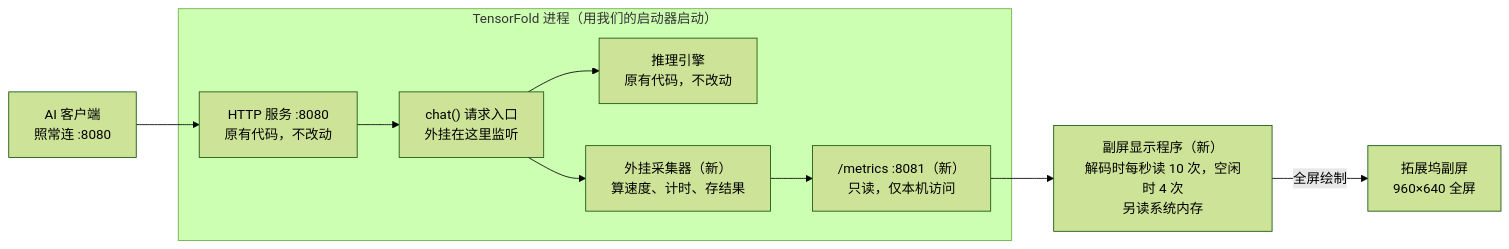
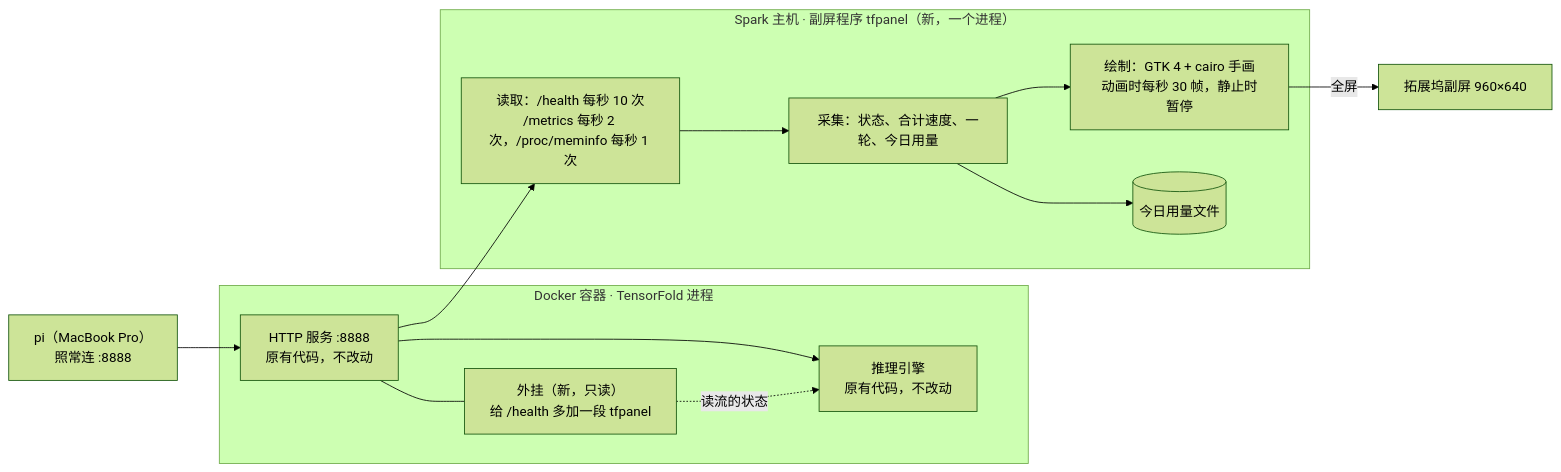
The first of 2 diagrams in docs/design.md (lijian1999/tensorfold-panel), drawn with Mermaid (forest theme) before and after one commit. The commit also changed other lines of this file and 74 other files, not shown here.

First line of the commit message:
第 2 版（DGX Spark）：重写设计文档和原型，删除第 1 版的 Mac 采集器和显示程序

````diff
--- a/docs/design.md
+++ b/docs/design.md
@@ -54,12 +58,16 @@
 ```mermaid
 flowchart LR
-  client["AI 客户端<br/>照常连 :8080"] --> http
-  subgraph proc["TensorFold 进程（用我们的启动器启动）"]
-    http["HTTP 服务 :8080<br/>原有代码，不改动"] --> chat["chat() 请求入口<br/>外挂在这里监听"]
-    chat --> engine["推理引擎<br/>原有代码，不改动"]
-    chat --> collector["外挂采集器（新）<br/>算速度、计时、存结果"]
-    collector --> metrics["/metrics :8081（新）<br/>只读，仅本机访问"]
+  pi["pi（MacBook Pro）<br/>照常连 :8888"] --> http
+  subgraph box["Docker 容器 · TensorFold 进程"]
+    http["HTTP 服务 :8888<br/>原有代码，不改动"] --> engine["推理引擎<br/>原有代码，不改动"]
+    hook["外挂（新，只读）<br/>给 /health 多加一段 tfpanel"] -.读流的状态.-> engine
+    http --- hook
   end
-  metrics --> app["副屏显示程序（新）<br/>解码时每秒读 10 次，空闲时 4 次<br/>另读系统内存"]
-  app -->|全屏绘制| screen["拓展坞副屏<br/>960×640 全屏"]
+  subgraph host["Spark 主机 · 副屏程序 tfpanel（新，一个进程）"]
+    src["读取：/health 每秒 10 次<br/>/metrics 每秒 2 次，/proc/meminfo 每秒 1 次"] --> col["采集：状态、合计速度、一轮、今日用量"]
+    col --> draw["绘制：GTK 4 + cairo 手画<br/>动画时每秒 30 帧，静止时暂停"]
+    col --> file[("今日用量文件")]
+  end
+  http --> src
+  draw -->|全屏| screen["拓展坞副屏 960×640"]
 ```
````
